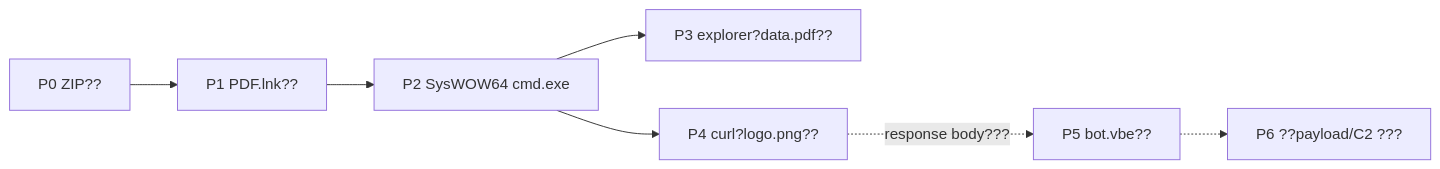
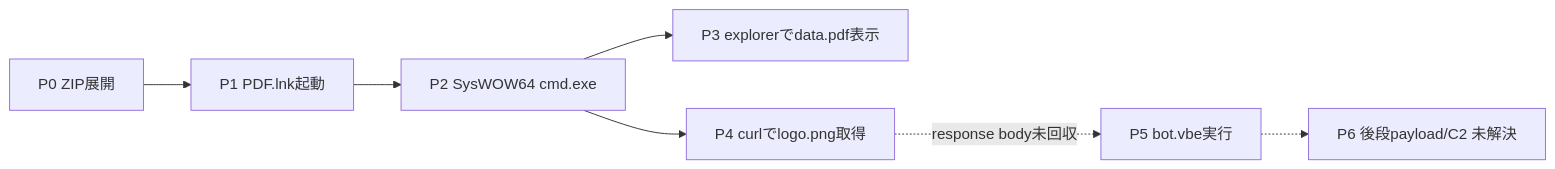
One commit to proshiba/AI-security-analysis changed the first of 3 diagrams in analysis-results/malware/unclassified/versions/unknown/cases/0e1fcb0e29c132819fcb2a3f2aa188a398c96be5e1919266ae95a8ee99986347/OVERALL-LOGIC.md. Above: the diagram before and after it, drawn with Mermaid. The commit also changed other lines of this file and 1747 other files, not shown here.

````diff
--- a/analysis-results/malware/unclassified/versions/unknown/cases/0e1fcb0e29c132819fcb2a3f2aa188a398c96be5e1919266ae95a8ee99986347/OVERALL-LOGIC.md
+++ b/analysis-results/malware/unclassified/versions/unknown/cases/0e1fcb0e29c132819fcb2a3f2aa188a398c96be5e1919266ae95a8ee99986347/OVERALL-LOGIC.md
@@ -7,9 +7,9 @@
 ```mermaid
 flowchart LR
-  P0["P0 ZIP??"] --> P1["P1 PDF.lnk??"]
+  P0["P0 ZIP展開"] --> P1["P1 PDF.lnk起動"]
   P1 --> P2["P2 SysWOW64 cmd.exe"]
-  P2 --> P3["P3 explorer?data.pdf??"]
-  P2 --> P4["P4 curl?logo.png??"]
-  P4 -. "response body???" .-> P5["P5 bot.vbe??"]
-  P5 -.-> P6["P6 ??payload/C2 ???"]
+  P2 --> P3["P3 explorerでdata.pdf表示"]
+  P2 --> P4["P4 curlでlogo.png取得"]
+  P4 -. "response body未回収" .-> P5["P5 bot.vbe実行"]
+  P5 -.-> P6["P6 後段payload/C2 未解決"]
 ```
````
